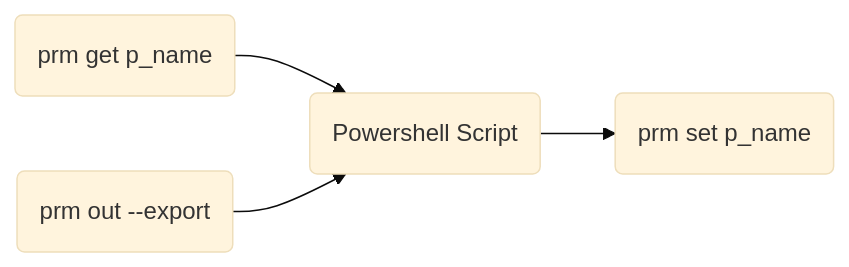
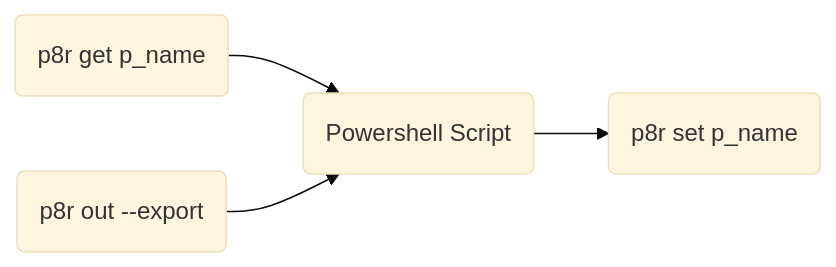
One commit to cdalar/parampiper changed the second of 3 diagrams in mermaid.md. Above: the diagram before and after it, drawn with Mermaid (base theme). The commit also changed other lines of this file and 8 other files, not shown here.

````diff
--- a/mermaid.md
+++ b/mermaid.md
@@ -14,6 +14,6 @@
 ```mermaid
 flowchart LR
 
-X(prm get p_name)--> A(Powershell Script) -->B(prm set p_name)
-Y(prm out --export) --> A
+X(p8r get p_name)--> A(Powershell Script) -->B(p8r set p_name)
+Y(p8r out --export) --> A
 ```
````
